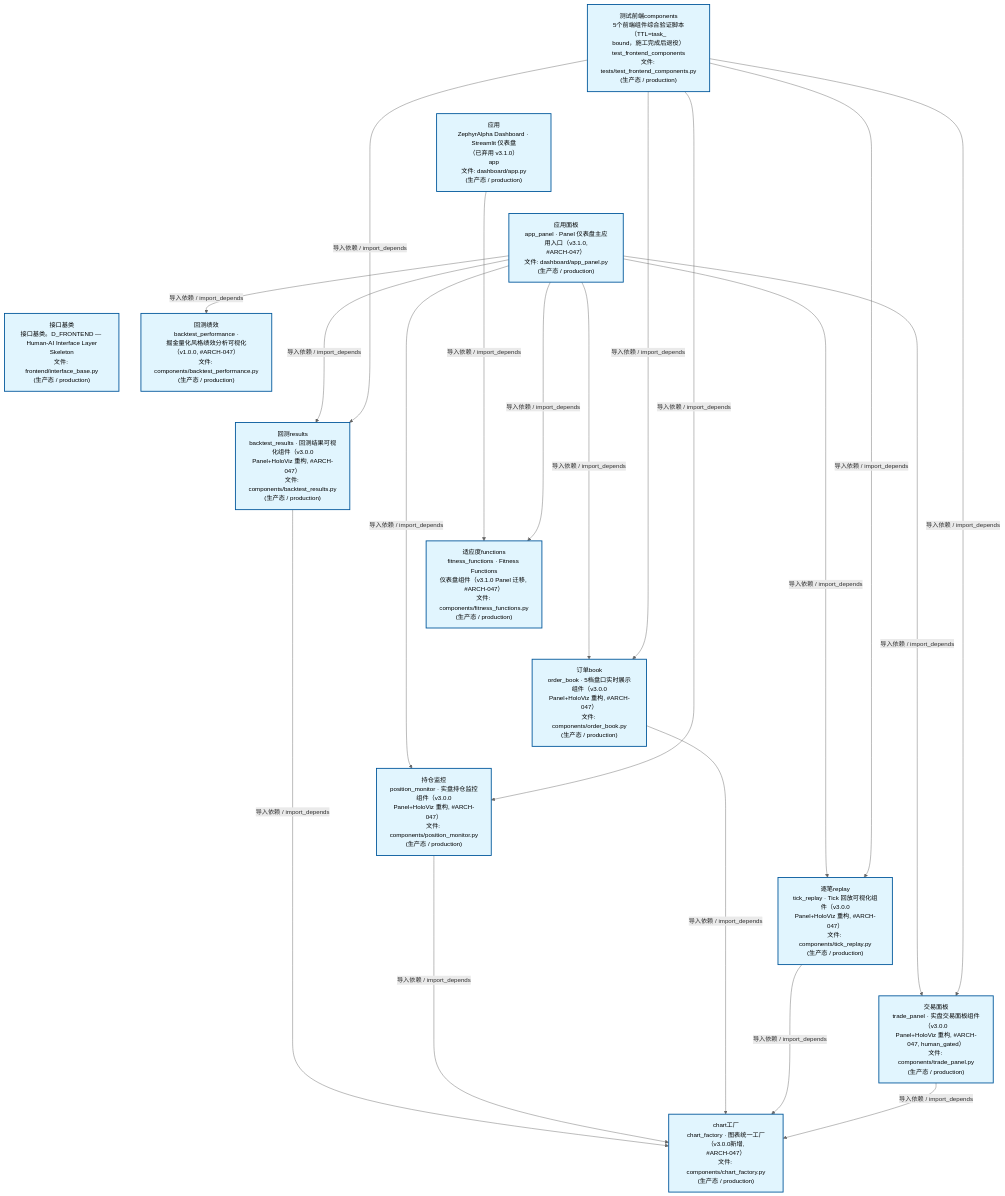
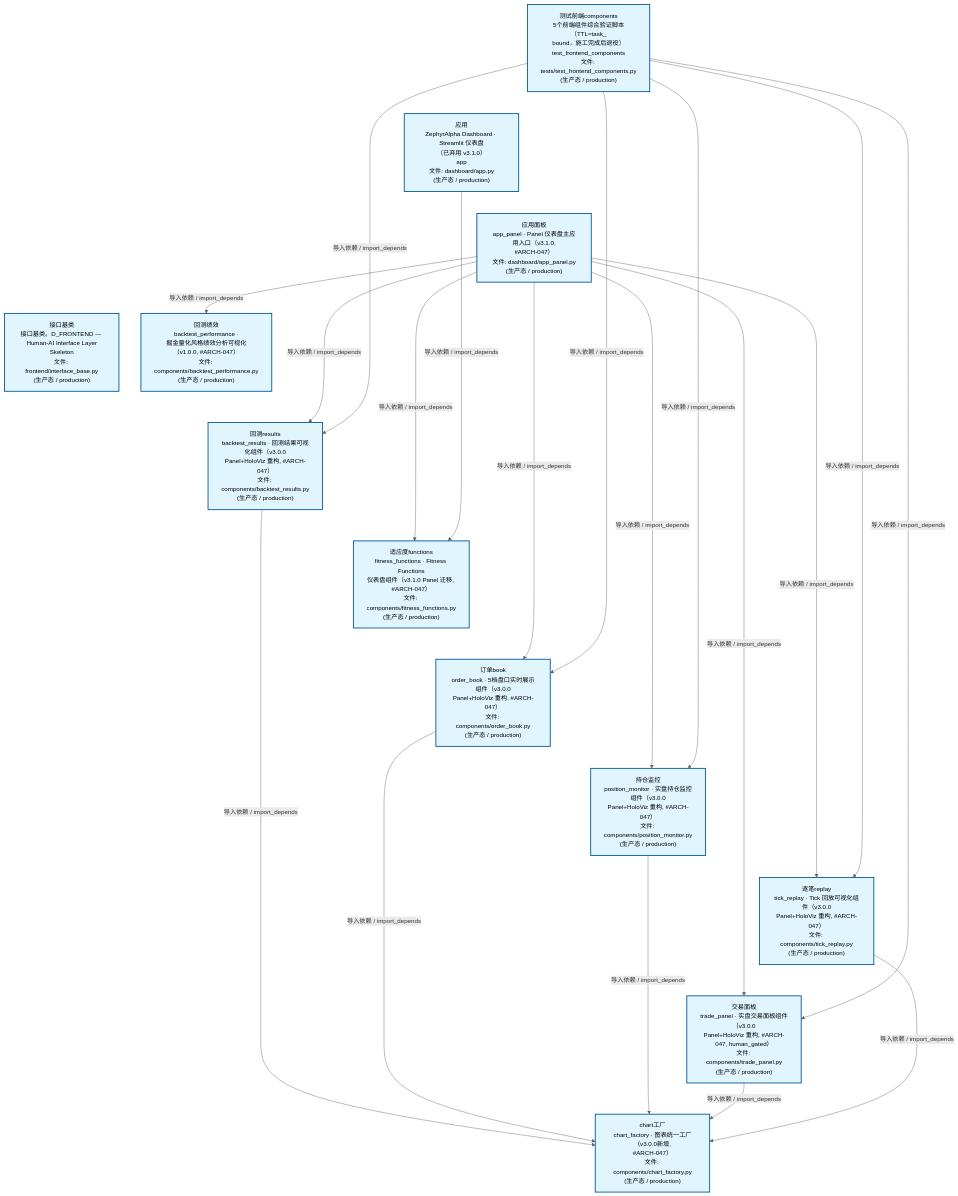
One commit to xuanFelixVan/ZephyrAlpha changed the second of 4 diagrams in docs/02_enterprise_architecture/02_domain_architecture_docs/47_d_frontend.md. Above: the diagram before and after it, drawn with Mermaid. The commit also changed other lines of this file and 58 other files, not shown here.

````diff
--- a/docs/02_enterprise_architecture/02_domain_architecture_docs/47_d_frontend.md
+++ b/docs/02_enterprise_architecture/02_domain_architecture_docs/47_d_frontend.md
@@ -124,48 +124,48 @@
 ```mermaid
 %%{init: {'theme': 'base', 'themeVariables': {'primaryColor': '#eaeaea', 'primaryTextColor': '#333333', 'primaryBorderColor': '#666666', 'lineColor': '#666666', 'secondaryColor': '#eaeaea', 'tertiaryColor': '#eaeaea', 'fontSize': '14px'}}}%%
 flowchart TD
     scripts_tests_test_frontend_components_py["测试前端components<br/>5个前端组件综合验证脚本（TTL=task_<br/>bound，施工完成后退役）<br/>test_frontend_components<br/>文件: tests/test_frontend_components.py<br/>(生产态 / production)"]
     src_zephyr_frontend_dashboard_app_py["应用<br/>ZephyrAlpha Dashboard · Streamlit 仪表盘<br/>（已弃用 v3.1.0）<br/>app<br/>文件: dashboard/app.py<br/>(生产态 / production)"]
     src_zephyr_frontend_dashboard_app_panel_py["应用面板<br/>app_panel · Panel 仪表盘主应用入口（v3.1.0,<br/>#ARCH-047）<br/>文件: dashboard/app_panel.py<br/>(生产态 / production)"]
     src_zephyr_frontend_interface_base_py["接口基类<br/>接口基类。D_FRONTEND — Human-AI Interface Layer<br/>Skeleton<br/>文件: frontend/interface_base.py<br/>(生产态 / production)"]
     scripts_tests_test_frontend_components_py ~~~ src_zephyr_frontend_dashboard_app_py
     src_zephyr_frontend_dashboard_app_py ~~~ src_zephyr_frontend_dashboard_app_panel_py
     src_zephyr_frontend_dashboard_app_panel_py ~~~ src_zephyr_frontend_interface_base_py
     src_zephyr_frontend_dashboard_components_backtest_performance_py["回测绩效<br/>backtest_performance ·<br/>掘金量化风格绩效分析可视化（v1.0.0, #ARCH-047）<br/>文件: components/backtest_performance.py<br/>(生产态 / production)"]
     src_zephyr_frontend_dashboard_components_backtest_results_py["回测results<br/>backtest_results · 回测结果可视化组件（v3.0.0<br/>Panel+HoloViz 重构, #ARCH-047）<br/>文件: components/backtest_results.py<br/>(生产态 / production)"]
     src_zephyr_frontend_dashboard_components_fitness_functions_py["适应度functions<br/>fitness_functions · Fitness Functions<br/>仪表盘组件（v3.1.0 Panel 迁移, #ARCH-047）<br/>文件: components/fitness_functions.py<br/>(生产态 / production)"]
     src_zephyr_frontend_dashboard_components_order_book_py["订单book<br/>order_book · 5档盘口实时展示组件（v3.0.0<br/>Panel+HoloViz 重构, #ARCH-047）<br/>文件: components/order_book.py<br/>(生产态 / production)"]
     src_zephyr_frontend_dashboard_components_position_monitor_py["持仓监控<br/>position_monitor · 实盘持仓监控组件（v3.0.0<br/>Panel+HoloViz 重构, #ARCH-047）<br/>文件: components/position_monitor.py<br/>(生产态 / production)"]
     src_zephyr_frontend_dashboard_components_tick_replay_py["逐笔replay<br/>tick_replay · Tick 回放可视化组件（v3.0.0<br/>Panel+HoloViz 重构, #ARCH-047）<br/>文件: components/tick_replay.py<br/>(生产态 / production)"]
     src_zephyr_frontend_dashboard_components_trade_panel_py["交易面板<br/>trade_panel · 实盘交易面板组件（v3.0.0<br/>Panel+HoloViz 重构, #ARCH-047, human_gated）<br/>文件: components/trade_panel.py<br/>(生产态 / production)"]
     src_zephyr_frontend_dashboard_components_backtest_performance_py ~~~ src_zephyr_frontend_dashboard_components_backtest_results_py
     src_zephyr_frontend_dashboard_components_backtest_results_py ~~~ src_zephyr_frontend_dashboard_components_fitness_functions_py
     src_zephyr_frontend_dashboard_components_fitness_functions_py ~~~ src_zephyr_frontend_dashboard_components_order_book_py
     src_zephyr_frontend_dashboard_components_order_book_py ~~~ src_zephyr_frontend_dashboard_components_position_monitor_py
     src_zephyr_frontend_dashboard_components_position_monitor_py ~~~ src_zephyr_frontend_dashboard_components_tick_replay_py
     src_zephyr_frontend_dashboard_components_tick_replay_py ~~~ src_zephyr_frontend_dashboard_components_trade_panel_py
     src_zephyr_frontend_dashboard_components_chart_factory_py["chart工厂<br/>chart_factory · 图表统一工厂（v3.0.0新增,<br/>#ARCH-047）<br/>文件: components/chart_factory.py<br/>(生产态 / production)"]
-    src_zephyr_frontend_dashboard_app_py -->|导入依赖 / import_depends| src_zephyr_frontend_dashboard_components_fitness_functions_py
-    src_zephyr_frontend_dashboard_app_panel_py -->|导入依赖 / import_depends| src_zephyr_frontend_dashboard_components_backtest_performance_py
     src_zephyr_frontend_dashboard_app_panel_py -->|导入依赖 / import_depends| src_zephyr_frontend_dashboard_components_backtest_results_py
     src_zephyr_frontend_dashboard_app_panel_py -->|导入依赖 / import_depends| src_zephyr_frontend_dashboard_components_fitness_functions_py
+    src_zephyr_frontend_dashboard_app_panel_py -->|导入依赖 / import_depends| src_zephyr_frontend_dashboard_components_order_book_py
     src_zephyr_frontend_dashboard_app_panel_py -->|导入依赖 / import_depends| src_zephyr_frontend_dashboard_components_position_monitor_py
-    src_zephyr_frontend_dashboard_app_panel_py -->|导入依赖 / import_depends| src_zephyr_frontend_dashboard_components_order_book_py
+    src_zephyr_frontend_dashboard_app_panel_py -->|导入依赖 / import_depends| src_zephyr_frontend_dashboard_components_trade_panel_py
     src_zephyr_frontend_dashboard_app_panel_py -->|导入依赖 / import_depends| src_zephyr_frontend_dashboard_components_tick_replay_py
-    src_zephyr_frontend_dashboard_app_panel_py -->|导入依赖 / import_depends| src_zephyr_frontend_dashboard_components_trade_panel_py
+    src_zephyr_frontend_dashboard_app_panel_py -->|导入依赖 / import_depends| src_zephyr_frontend_dashboard_components_backtest_performance_py
+    src_zephyr_frontend_dashboard_app_py -->|导入依赖 / import_depends| src_zephyr_frontend_dashboard_components_fitness_functions_py
     src_zephyr_frontend_dashboard_components_backtest_results_py -->|导入依赖 / import_depends| src_zephyr_frontend_dashboard_components_chart_factory_py
+    src_zephyr_frontend_dashboard_components_order_book_py -->|导入依赖 / import_depends| src_zephyr_frontend_dashboard_components_chart_factory_py
     src_zephyr_frontend_dashboard_components_position_monitor_py -->|导入依赖 / import_depends| src_zephyr_frontend_dashboard_components_chart_factory_py
-    src_zephyr_frontend_dashboard_components_order_book_py -->|导入依赖 / import_depends| src_zephyr_frontend_dashboard_components_chart_factory_py
+    src_zephyr_frontend_dashboard_components_trade_panel_py -->|导入依赖 / import_depends| src_zephyr_frontend_dashboard_components_chart_factory_py
     src_zephyr_frontend_dashboard_components_tick_replay_py -->|导入依赖 / import_depends| src_zephyr_frontend_dashboard_components_chart_factory_py
-    src_zephyr_frontend_dashboard_components_trade_panel_py -->|导入依赖 / import_depends| src_zephyr_frontend_dashboard_components_chart_factory_py
     scripts_tests_test_frontend_components_py -->|导入依赖 / import_depends| src_zephyr_frontend_dashboard_components_backtest_results_py
+    scripts_tests_test_frontend_components_py -->|导入依赖 / import_depends| src_zephyr_frontend_dashboard_components_order_book_py
     scripts_tests_test_frontend_components_py -->|导入依赖 / import_depends| src_zephyr_frontend_dashboard_components_position_monitor_py
-    scripts_tests_test_frontend_components_py -->|导入依赖 / import_depends| src_zephyr_frontend_dashboard_components_order_book_py
+    scripts_tests_test_frontend_components_py -->|导入依赖 / import_depends| src_zephyr_frontend_dashboard_components_trade_panel_py
     scripts_tests_test_frontend_components_py -->|导入依赖 / import_depends| src_zephyr_frontend_dashboard_components_tick_replay_py
-    scripts_tests_test_frontend_components_py -->|导入依赖 / import_depends| src_zephyr_frontend_dashboard_components_trade_panel_py
     classDef production fill:#e1f5fe,stroke:#01579b,stroke-width:2px,color:#000
     classDef design fill:#fff3e0,stroke:#e65100,stroke-width:2px,color:#000,stroke-dasharray: 5 5
     classDef external_prod fill:#e8f4fd,stroke:#0277bd,stroke-width:1px,color:#000
     classDef external_design fill:#fff8e7,stroke:#ef6c00,stroke-width:1px,color:#000,stroke-dasharray: 5 5
     class scripts_tests_test_frontend_components_py,src_zephyr_frontend_dashboard_app_py,src_zephyr_frontend_dashboard_app_panel_py,src_zephyr_frontend_dashboard_components_backtest_performance_py,src_zephyr_frontend_dashboard_components_backtest_results_py,src_zephyr_frontend_dashboard_components_chart_factory_py,src_zephyr_frontend_dashboard_components_fitness_functions_py,src_zephyr_frontend_dashboard_components_order_book_py,src_zephyr_frontend_dashboard_components_position_monitor_py,src_zephyr_frontend_dashboard_components_tick_replay_py,src_zephyr_frontend_dashboard_components_trade_panel_py,src_zephyr_frontend_interface_base_py production
 ```
````
